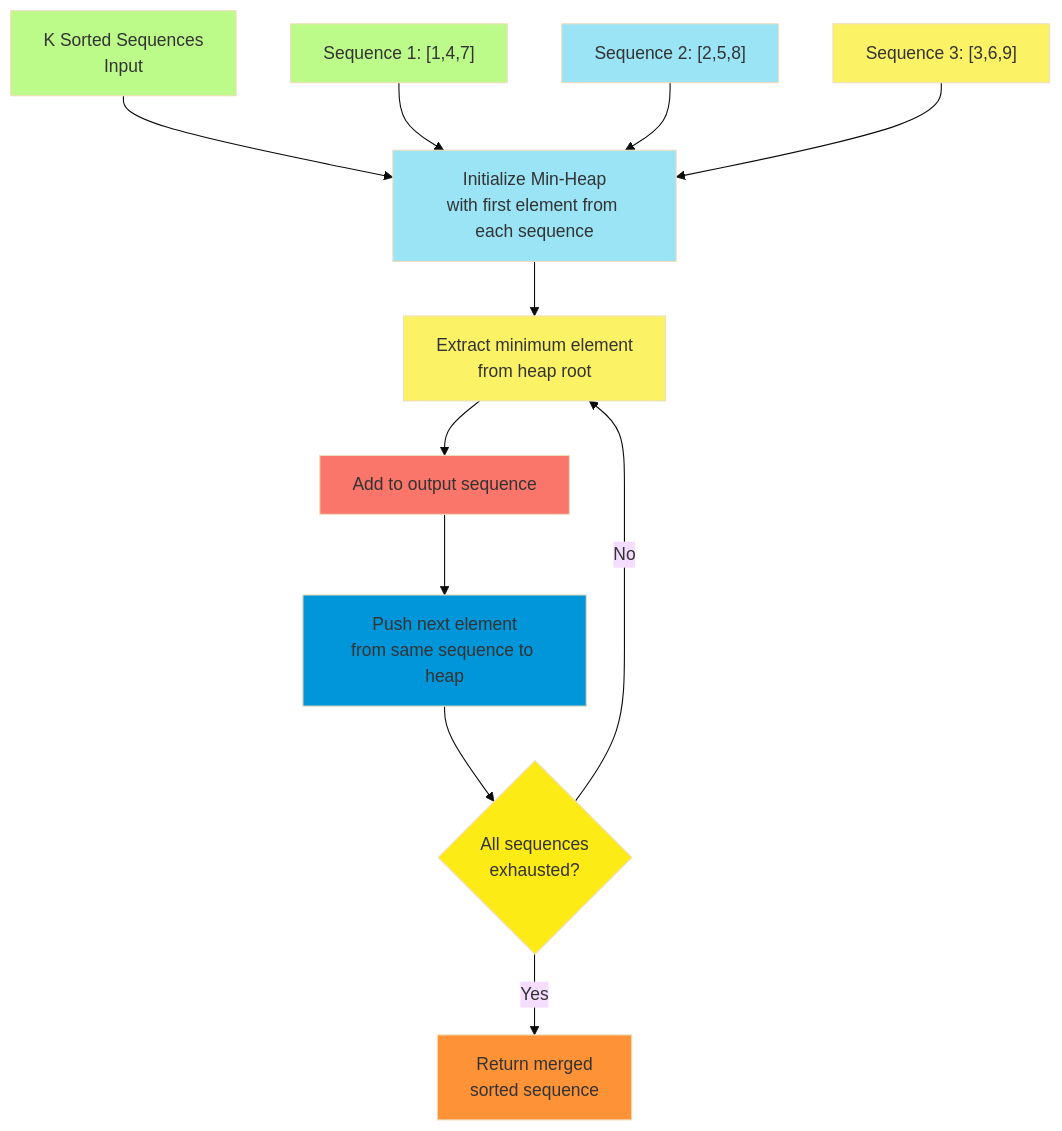
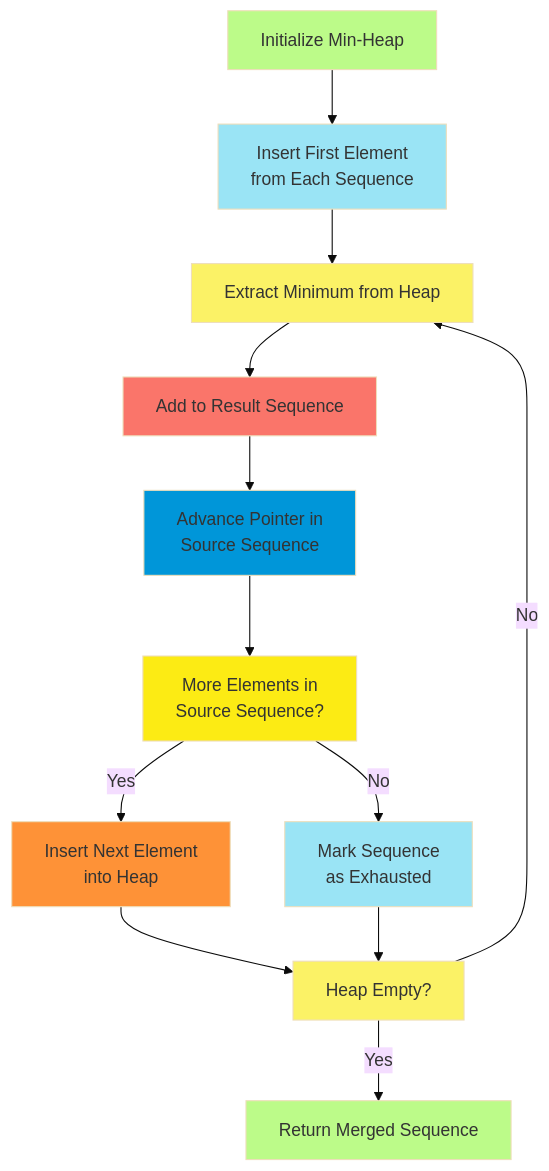
The fourth of 6 diagrams in C_8.md (Chaklader/Coding-Interview), drawn with Mermaid (base theme) before and after one commit. The commit also changed other lines of this file, not shown here.

````diff
--- a/C_8.md
+++ b/C_8.md
@@ -3646,25 +776,25 @@
 ```mermaid
 flowchart TD
-    A["K Sorted Sequences<br>Input"] --> B["Initialize Min-Heap<br>with first element from each sequence"]
-    B --> C["Extract minimum element<br>from heap root"]
-    C --> D["Add to output sequence"]
-    D --> E["Push next element<br>from same sequence to heap"]
-    E --> F{"All sequences<br>exhausted?"}
-    F -->|No| C
-    F -->|Yes| G["Return merged<br>sorted sequence"]
-
-    H["Sequence 1: [1,4,7]"] --> B
-    I["Sequence 2: [2,5,8]"] --> B
-    J["Sequence 3: [3,6,9]"] --> B
+    A["Initialize Min-Heap"] --> B["Insert First Element<br>from Each Sequence"]
+    B --> C["Extract Minimum from Heap"]
+    C --> D["Add to Result Sequence"]
+    D --> E["Advance Pointer in<br>Source Sequence"]
+    E --> F["More Elements in<br>Source Sequence?"]
+    F -->|Yes| G["Insert Next Element<br>into Heap"]
+    F -->|No| H["Mark Sequence<br>as Exhausted"]
+    G --> I["Heap Empty?"]
+    H --> I
+    I -->|No| C
+    I -->|Yes| J["Return Merged Sequence"]
 
     style A fill:#BCFB89
     style B fill:#9AE4F5
     style C fill:#FBF266
     style D fill:#FA756A
     style E fill:#0096D9
     style F fill:#FCEB14
     style G fill:#FE9237
-    style H fill:#BCFB89
-    style I fill:#9AE4F5
-    style J fill:#FBF266
+    style H fill:#9AE4F5
+    style I fill:#FBF266
+    style J fill:#BCFB89
 ```
````
